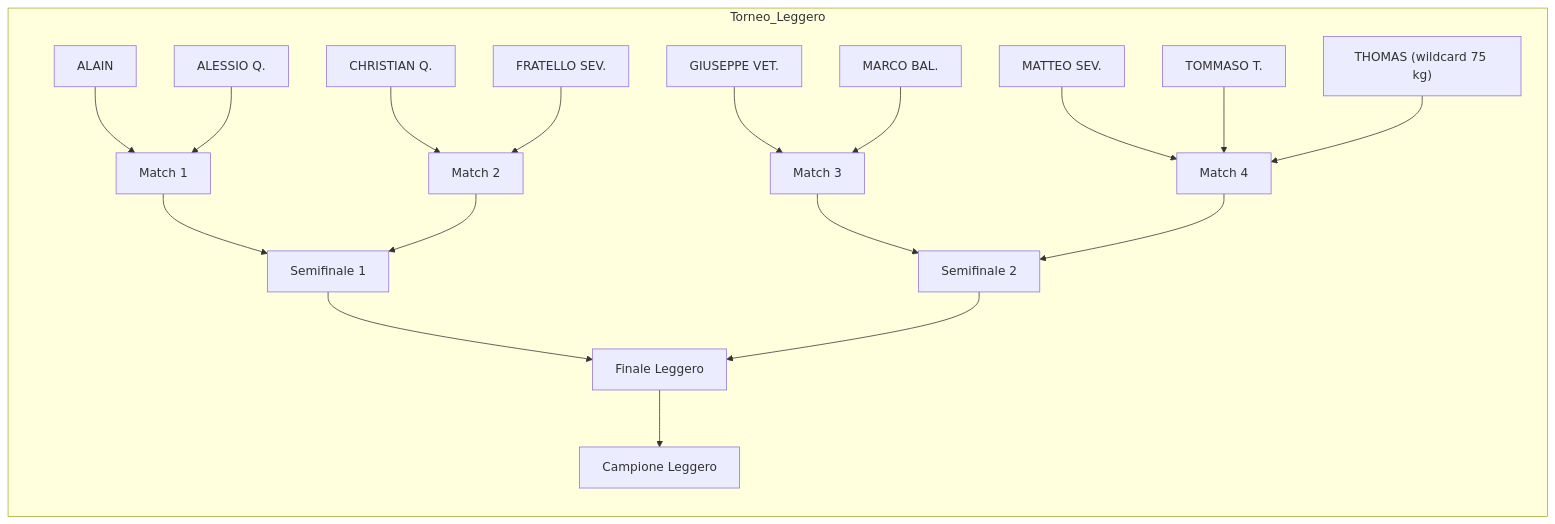
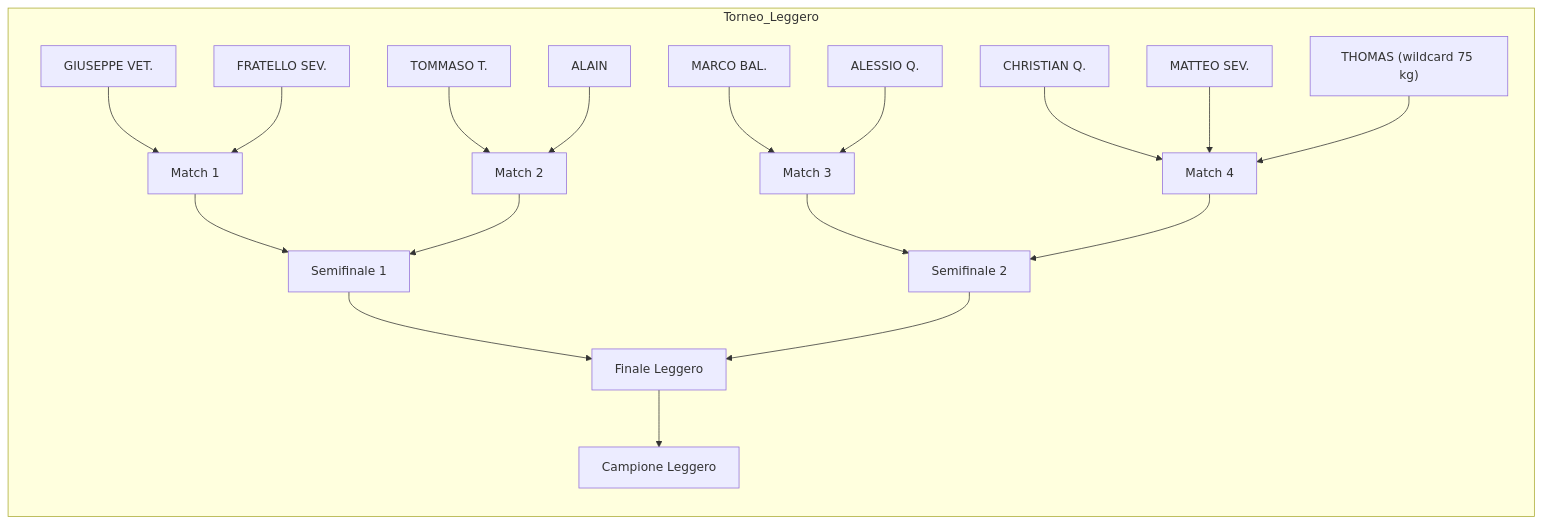
One commit to AlessioQuagliara/alessioquagliara-training changed the first of 3 diagrams in tabellone_fight_club_v2.md. Above: the diagram before and after it, drawn with Mermaid.

Commit message:
Update tournament participants in flowchart

````diff
--- a/tabellone_fight_club_v2.md
+++ b/tabellone_fight_club_v2.md
@@ -38,21 +38,26 @@
 ```mermaid
 flowchart LR
     subgraph Torneo_Leggero
-        LQ1A["ALAIN"] --> LQ1["Match 1"]
-        LQ1B["ALESSIO Q."] --> LQ1
+        LQ1A["GIUSEPPE VET."] --> LQ1["Match 1"]
+        LQ1B["FRATELLO SEV."] --> LQ1
         LQ1 --> LS1["Semifinale 1"]
-        LQ2A["CHRISTIAN Q."] --> LQ2["Match 2"]
-        LQ2B["FRATELLO SEV."] --> LQ2
+        
+        LQ2A["TOMMASO T."] --> LQ2["Match 2"]
+        LQ2B["ALAIN"] --> LQ2
         LQ2 --> LS1
-        LQ3A["GIUSEPPE VET."] --> LQ3["Match 3"]
-        LQ3B["MARCO BAL."] --> LQ3
+        
+        LQ3A["MARCO BAL."] --> LQ3["Match 3"]
+        LQ3B["ALESSIO Q."] --> LQ3
         LQ3 --> LS2["Semifinale 2"]
-        LQ4A["MATTEO SEV."] --> LQ4["Match 4"]
-        LQ4B["TOMMASO T."] --> LQ4
+        
+        LQ4A["CHRISTIAN Q."] --> LQ4["Match 4"]
+        LQ4B["MATTEO SEV."] --> LQ4
         LQ4 --> LS2
+        
         LWB["THOMAS (wildcard 75 kg)"] --> LQ4
+        
         LS1 --> LF["Finale Leggero"]
         LS2 --> LF
         LF --> LC["Campione Leggero"]
     end
 ```
````
